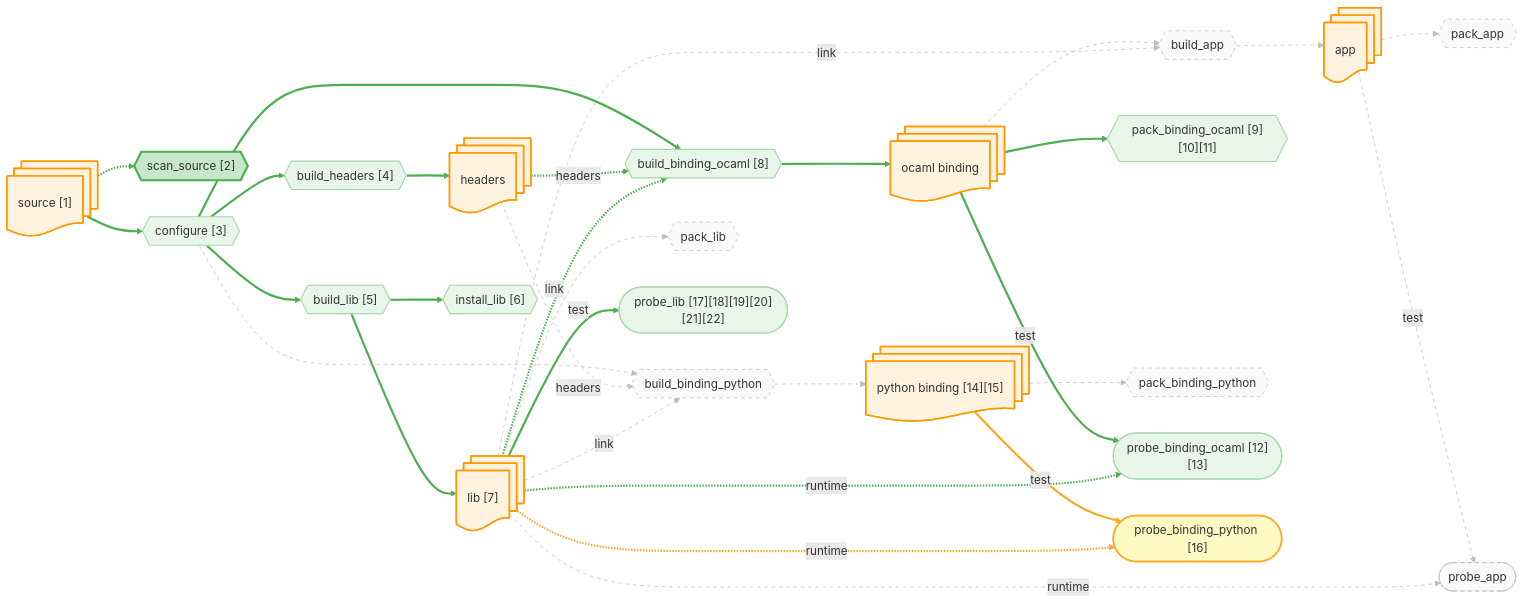
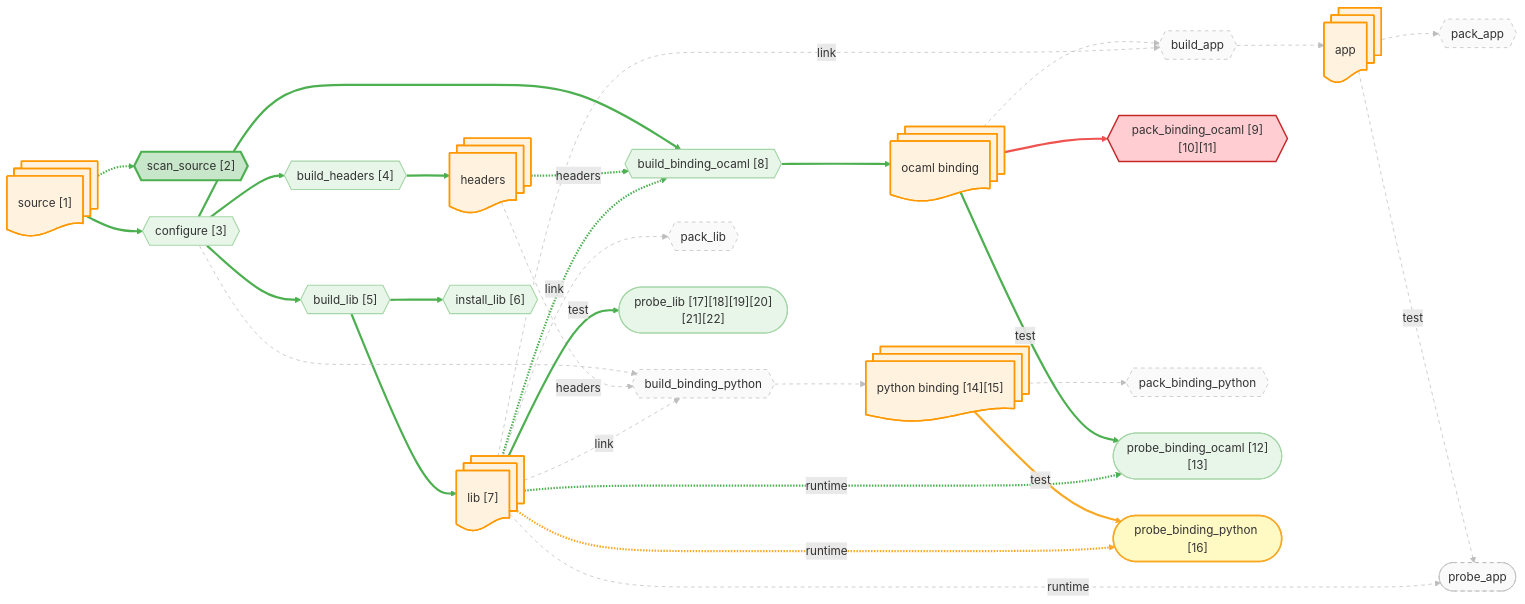
Before and after one commit to JHU-PL-Lab/tola: the diagram in docs/canary/projects/z3/_run/diagrams/source.mmd, drawn with Mermaid. The commit also changed 56 other files, not shown here.

First line of the commit message:
refactor: split canary_action.ml, extract canary_diagram.ml

```diff
--- a/docs/canary/projects/z3/_run/diagrams/source.mmd
+++ b/docs/canary/projects/z3/_run/diagrams/source.mmd
@@ -1,110 +1,110 @@
 %% view: source
 graph LR
     source_node@{ shape: docs, label: "source [1]" }
     headers_node@{ shape: docs, label: "headers" }
     lib_node@{ shape: docs, label: "lib [7]" }
     app_node@{ shape: docs, label: "app" }
     ocaml_binding_node@{ shape: docs, label: "ocaml binding" }
     python_binding_node@{ shape: docs, label: "python binding [14][15]" }
 
     A_scan_source{{"scan_source [2]"}}
     A_configure{{"configure [3]"}}
     A_build_headers{{"build_headers [4]"}}
     A_build_lib{{"build_lib [5]"}}
     A_build_binding_ocaml{{"build_binding_ocaml [8]"}}
     A_build_binding_python{{"build_binding_python"}}
     A_build_app{{"build_app"}}
     A_install_lib{{"install_lib [6]"}}
     A_pack_binding_ocaml{{"pack_binding_ocaml [9][10][11]"}}
     A_pack_binding_python{{"pack_binding_python"}}
     A_pack_lib{{"pack_lib"}}
     A_pack_app{{"pack_app"}}
     A_probe_binding_ocaml(["probe_binding_ocaml [12][13]"])
     A_probe_binding_python(["probe_binding_python [16]"])
     A_probe_lib(["probe_lib [17][18][19][20][21][22]"])
     A_probe_app(["probe_app"])
 
     source_node -.-> A_scan_source
     source_node --> A_configure
     A_configure --> A_build_headers
     A_build_headers --> headers_node
     A_configure --> A_build_lib
     A_build_lib --> lib_node
     A_configure --> A_build_binding_ocaml
     headers_node -.->|headers| A_build_binding_ocaml
     lib_node -.->|link| A_build_binding_ocaml
     A_build_binding_ocaml --> ocaml_binding_node
     A_configure --> A_build_binding_python
     headers_node -.->|headers| A_build_binding_python
     lib_node -.->|link| A_build_binding_python
     A_build_binding_python --> python_binding_node
     ocaml_binding_node --> A_build_app
     lib_node -.->|link| A_build_app
     A_build_app --> app_node
     A_build_lib --> A_install_lib
     ocaml_binding_node --> A_pack_binding_ocaml
     python_binding_node --> A_pack_binding_python
     lib_node --> A_pack_lib
     app_node --> A_pack_app
     ocaml_binding_node -->|test| A_probe_binding_ocaml
     lib_node -.->|runtime| A_probe_binding_ocaml
     python_binding_node -->|test| A_probe_binding_python
     lib_node -.->|runtime| A_probe_binding_python
     lib_node -->|test| A_probe_lib
     app_node -->|test| A_probe_app
     lib_node -.->|runtime| A_probe_app
 
     classDef artifact fill:#fff3e0,stroke:#ff9800,stroke-width:2px
     classDef action fill:#f3e5f5,stroke:#9c27b0,stroke-width:2px
     classDef st_done fill:#c8e6c9,stroke:#4caf50,stroke-width:3px
     classDef st_done_ctx fill:#e8f5e9,stroke:#a5d6a7,stroke-width:1.5px
     classDef st_expected_fail fill:#fff9c4,stroke:#f9a825,stroke-width:2px
     classDef st_failed fill:#ffcdd2,stroke:#c62828,stroke-width:2px
     classDef st_skipped fill:#f5f5f5,stroke:#9e9e9e,stroke-dasharray:5
     classDef st_nospec fill:#fafafa,stroke:#bdbdbd,stroke-dasharray:5
     class source_node,headers_node,lib_node,app_node,ocaml_binding_node,python_binding_node artifact
     class A_scan_source st_done
     class A_configure st_done_ctx
     class A_build_headers st_done_ctx
     class A_build_lib st_done_ctx
     class A_build_binding_ocaml st_done_ctx
     class A_build_binding_python st_nospec
     class A_build_app st_nospec
     class A_install_lib st_done_ctx
-    class A_pack_binding_ocaml st_done_ctx
+    class A_pack_binding_ocaml st_failed
     class A_pack_binding_python st_nospec
     class A_pack_lib st_nospec
     class A_pack_app st_nospec
     class A_probe_binding_ocaml st_done_ctx
     class A_probe_binding_python st_expected_fail
     class A_probe_lib st_done_ctx
     class A_probe_app st_nospec
     linkStyle 0 stroke:#4caf50,stroke-width:3px
     linkStyle 1 stroke:#4caf50,stroke-width:3px
     linkStyle 2 stroke:#4caf50,stroke-width:3px
     linkStyle 3 stroke:#4caf50,stroke-width:3px
     linkStyle 4 stroke:#4caf50,stroke-width:3px
     linkStyle 5 stroke:#4caf50,stroke-width:3px
     linkStyle 6 stroke:#4caf50,stroke-width:3px
     linkStyle 7 stroke:#4caf50,stroke-width:3px
     linkStyle 8 stroke:#4caf50,stroke-width:3px
     linkStyle 9 stroke:#4caf50,stroke-width:3px
     linkStyle 10 stroke:#bdbdbd,stroke-width:1px,stroke-dasharray:5
     linkStyle 11 stroke:#bdbdbd,stroke-width:1px,stroke-dasharray:5
     linkStyle 12 stroke:#bdbdbd,stroke-width:1px,stroke-dasharray:5
     linkStyle 13 stroke:#bdbdbd,stroke-width:1px,stroke-dasharray:5
     linkStyle 14 stroke:#bdbdbd,stroke-width:1px,stroke-dasharray:5
     linkStyle 15 stroke:#bdbdbd,stroke-width:1px,stroke-dasharray:5
     linkStyle 16 stroke:#bdbdbd,stroke-width:1px,stroke-dasharray:5
     linkStyle 17 stroke:#4caf50,stroke-width:3px
-    linkStyle 18 stroke:#4caf50,stroke-width:3px
+    linkStyle 18 stroke:#ef5350,stroke-width:3px
     linkStyle 19 stroke:#bdbdbd,stroke-width:1px,stroke-dasharray:5
     linkStyle 20 stroke:#bdbdbd,stroke-width:1px,stroke-dasharray:5
     linkStyle 21 stroke:#bdbdbd,stroke-width:1px,stroke-dasharray:5
     linkStyle 22 stroke:#4caf50,stroke-width:3px
     linkStyle 23 stroke:#4caf50,stroke-width:3px
     linkStyle 24 stroke:#f9a825,stroke-width:3px
     linkStyle 25 stroke:#f9a825,stroke-width:3px
     linkStyle 26 stroke:#4caf50,stroke-width:3px
     linkStyle 27 stroke:#bdbdbd,stroke-width:1px,stroke-dasharray:5
     linkStyle 28 stroke:#bdbdbd,stroke-width:1px,stroke-dasharray:5
```
